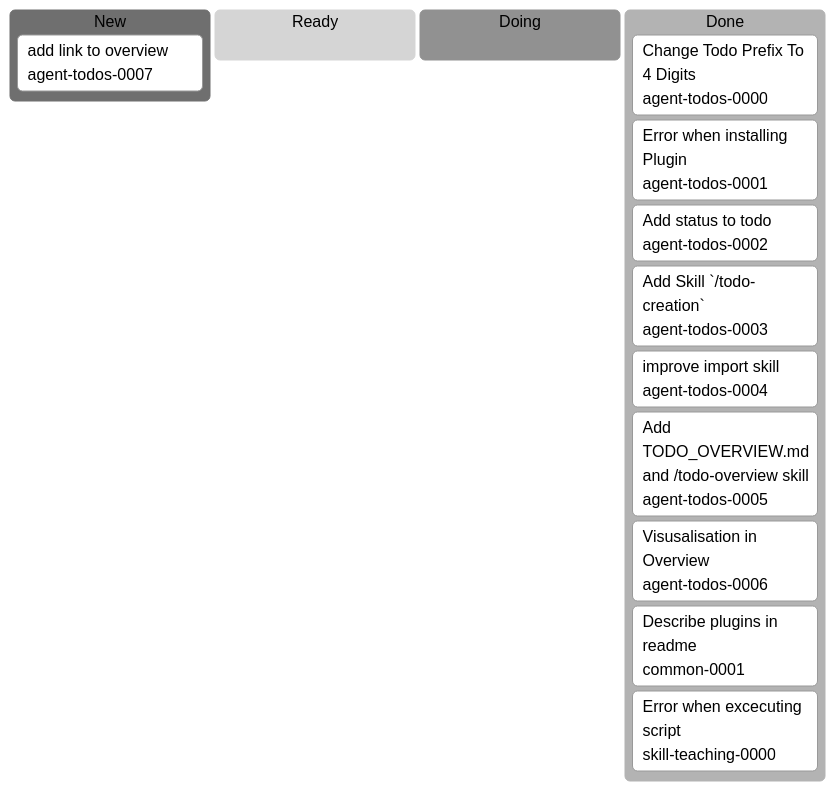
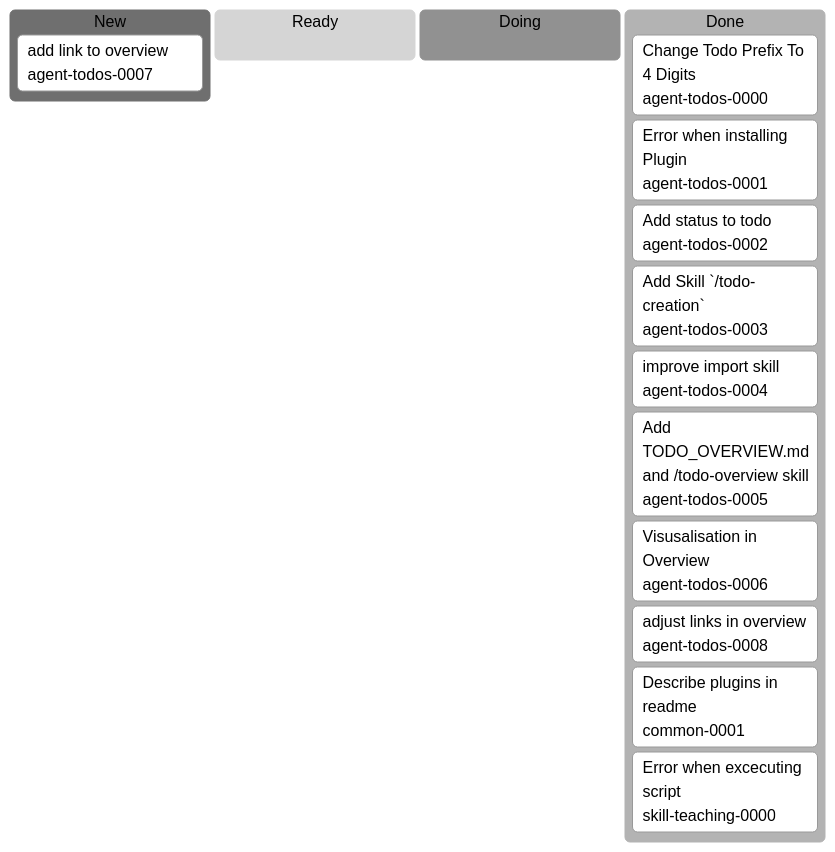
The diagram in docs/agent-todos/TODO_OVERVIEW.md (erich3000/ji-agent-skills), drawn with Mermaid before and after one commit. The commit also changed other lines of this file and 3 other files, not shown here.

Commit message:
fixed links in TODO_OVERVIEW.md

````diff
--- a/docs/agent-todos/TODO_OVERVIEW.md
+++ b/docs/agent-todos/TODO_OVERVIEW.md
@@ -20,20 +21,21 @@
 ```mermaid
 %%{init: {"theme":"neutral"}}%%
 kanban
   new[New]
     agent-todos-0007[add link to overview]@{ ticket: agent-todos-0007 }
   ready[Ready]
 
   doing[Doing]
 
   done[Done]
     agent-todos-0000[Change Todo Prefix To 4 Digits]@{ ticket: agent-todos-0000 }
     agent-todos-0001[Error when installing Plugin]@{ ticket: agent-todos-0001 }
     agent-todos-0002[Add status to todo]@{ ticket: agent-todos-0002 }
     agent-todos-0003[Add Skill `/todo-creation`]@{ ticket: agent-todos-0003 }
     agent-todos-0004[improve import skill]@{ ticket: agent-todos-0004 }
     agent-todos-0005[Add TODO_OVERVIEW.md and /todo-overview skill]@{ ticket: agent-todos-0005 }
     agent-todos-0006[Visusalisation in Overview]@{ ticket: agent-todos-0006 }
+    agent-todos-0008[adjust links in overview]@{ ticket: agent-todos-0008 }
     common-0001[Describe plugins in readme]@{ ticket: common-0001 }
     skill-teaching-0000[Error when excecuting script]@{ ticket: skill-teaching-0000 }
 ```
````
